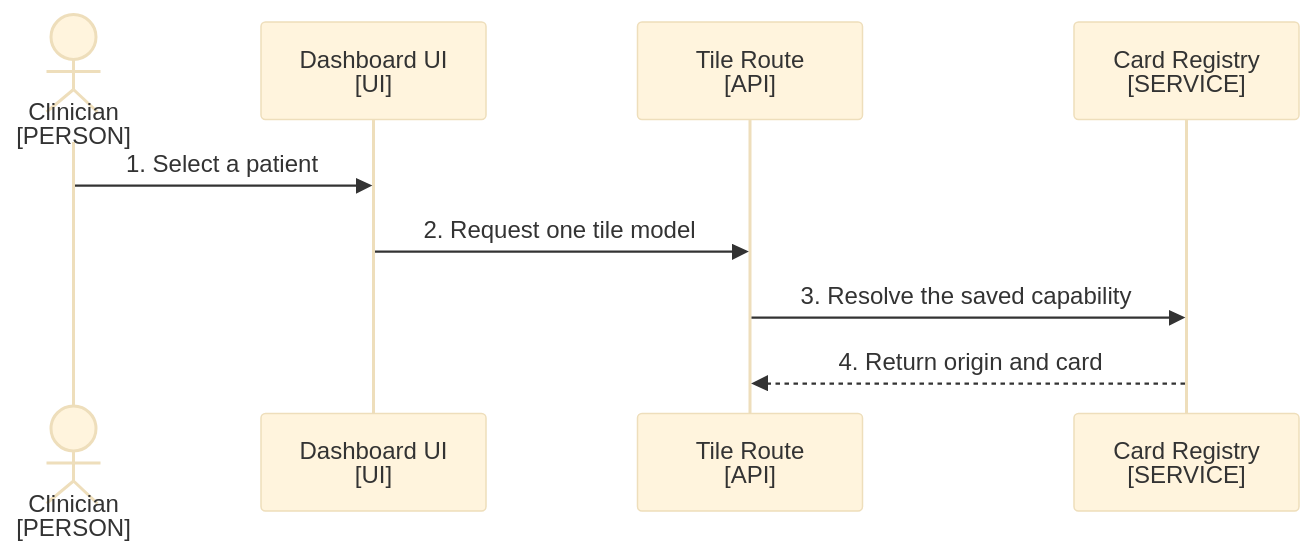
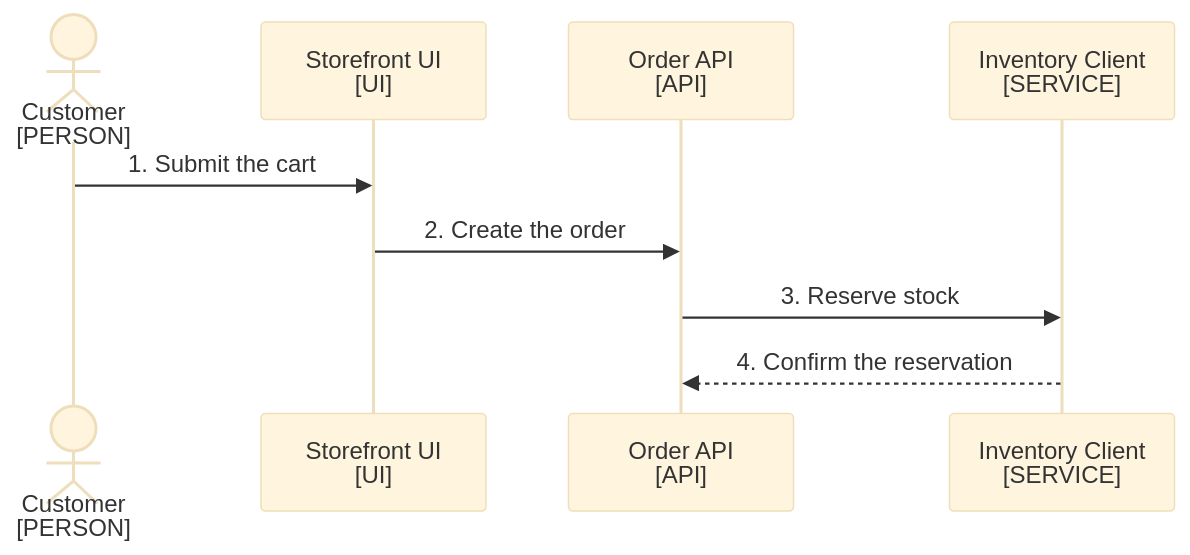
The diagram in skills/docsmith/scripts/fixtures/good/docs/architecture.md (choonchernlim/skills), drawn with Mermaid (base theme) before and after one commit. The commit also changed other lines of this file and 31 other files, not shown here.

Commit message:
feat: update terminology in documentation for order processing and inventory management

````diff
--- a/skills/docsmith/scripts/fixtures/good/docs/architecture.md
+++ b/skills/docsmith/scripts/fixtures/good/docs/architecture.md
@@ -15,12 +15,12 @@
 ```mermaid
 sequenceDiagram
-  actor Clinician as Clinician<br/>[PERSON]
-  participant Browser as Dashboard UI<br/>[UI]
-  participant Route as Tile Route<br/>[API]
-  participant Registry as Card Registry<br/>[SERVICE]
+  actor Customer as Customer<br/>[PERSON]
+  participant Browser as Storefront UI<br/>[UI]
+  participant Route as Order API<br/>[API]
+  participant Inventory as Inventory Client<br/>[SERVICE]
 
-  Clinician->>Browser: 1. Select a patient
-  Browser->>Route: 2. Request one tile model
-  Route->>Registry: 3. Resolve the saved capability
-  Registry-->>Route: 4. Return origin and card
+  Customer->>Browser: 1. Submit the cart
+  Browser->>Route: 2. Create the order
+  Route->>Inventory: 3. Reserve stock
+  Inventory-->>Route: 4. Confirm the reservation
 ```
````
